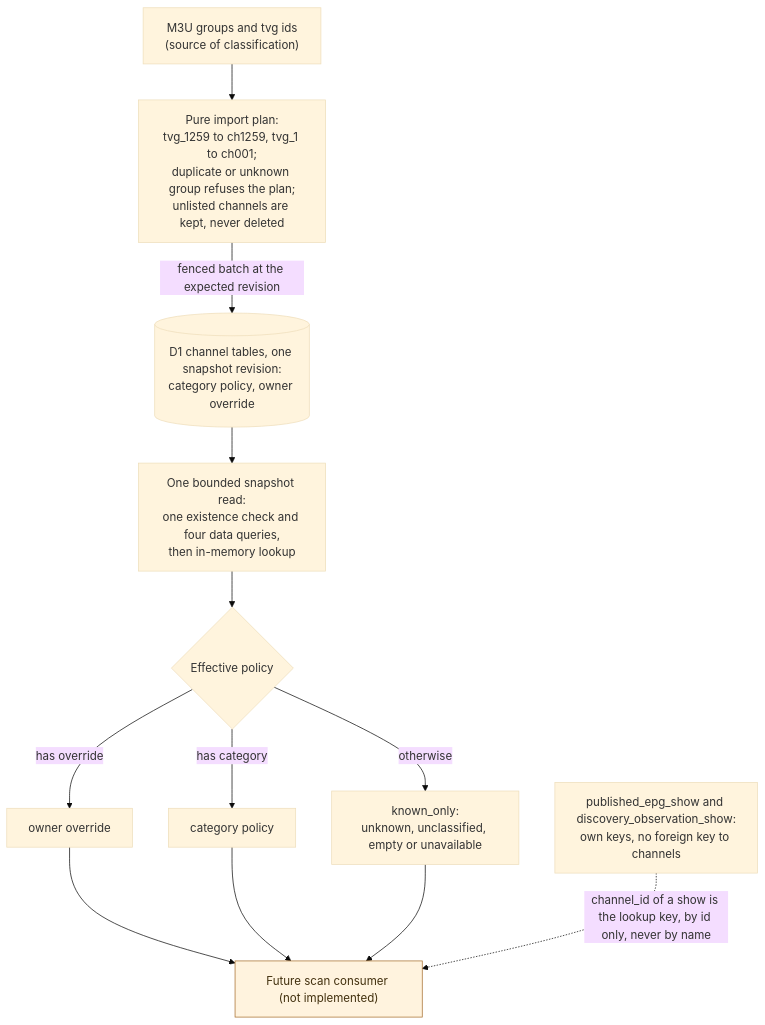
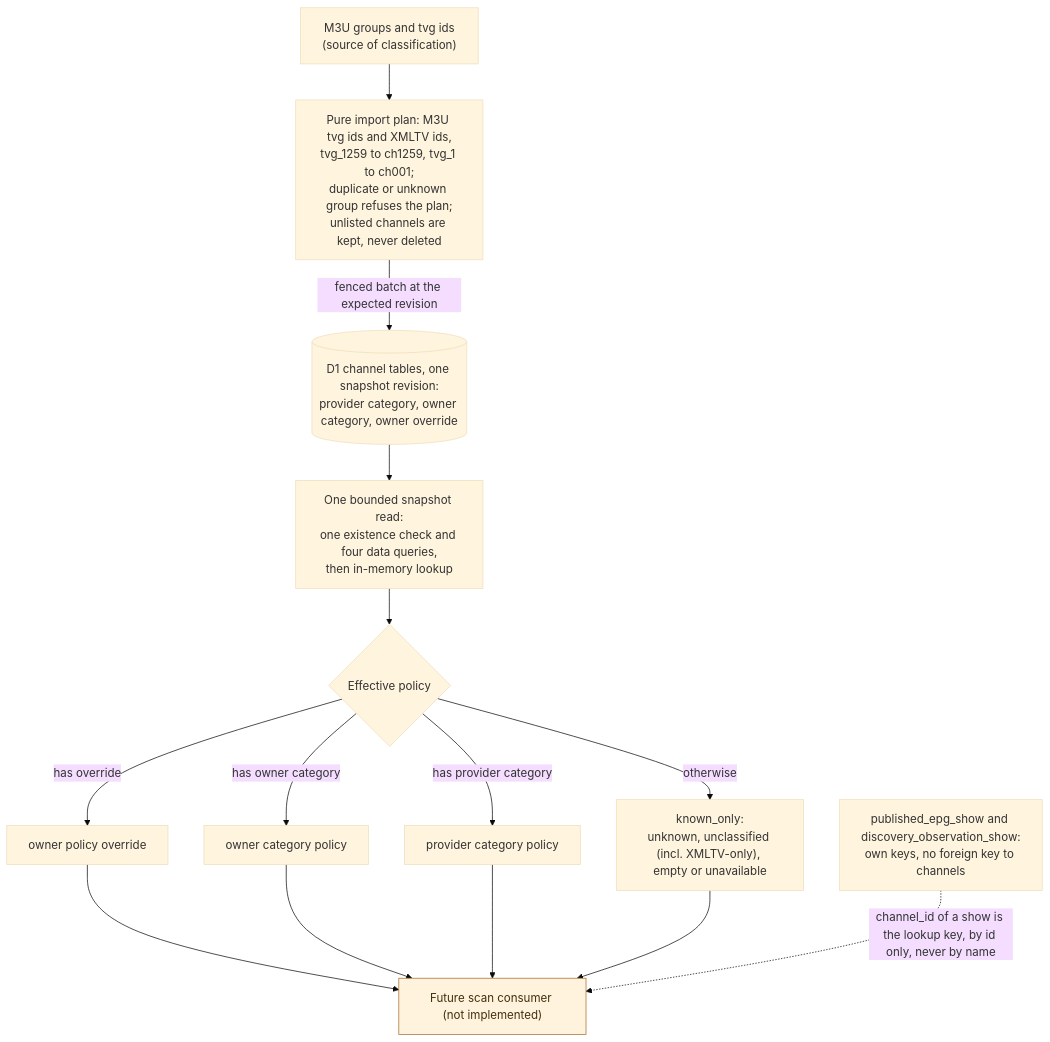
Before and after one commit to vladimino/iptv-watchlist: the sixth of 6 diagrams in docs/architecture/epg-and-availability.md, drawn with Mermaid (base theme). The commit also changed 8 other files, not shown here.

First line of the commit message:
AIR-561: XMLTV-only channels, durable owner category, four-step precedence

````diff
--- a/docs/architecture/epg-and-availability.md
+++ b/docs/architecture/epg-and-availability.md
@@ -166,23 +166,26 @@
 ```mermaid
 flowchart TD
     m3u["M3U groups and tvg ids<br/>(source of classification)"]
-    plan["Pure import plan:<br/>tvg_1259 to ch1259, tvg_1 to ch001;<br/>duplicate or unknown group refuses the plan;<br/>unlisted channels are kept, never deleted"]
-    tables[("D1 channel tables, one snapshot revision:<br/>category policy, owner override")]
+    plan["Pure import plan: M3U tvg ids and XMLTV ids,<br/>tvg_1259 to ch1259, tvg_1 to ch001;<br/>duplicate or unknown group refuses the plan;<br/>unlisted channels are kept, never deleted"]
+    tables[("D1 channel tables, one snapshot revision:<br/>provider category, owner category, owner override")]
     snapshot["One bounded snapshot read:<br/>one existence check and four data queries,<br/>then in-memory lookup"]
     derive{"Effective policy"}
-    override["owner override"]
-    category["category policy"]
-    fallback["known_only:<br/>unknown, unclassified, empty or unavailable"]
+    override["owner policy override"]
+    ownercat["owner category policy"]
+    category["provider category policy"]
+    fallback["known_only:<br/>unknown, unclassified (incl. XMLTV-only), empty or unavailable"]
     reader["Future scan consumer (not implemented)"]
     shows["published_epg_show and discovery_observation_show:<br/>own keys, no foreign key to channels"]
     m3u --> plan -->|"fenced batch at the expected revision"| tables --> snapshot --> derive
     derive -->|"has override"| override
-    derive -->|"has category"| category
+    derive -->|"has owner category"| ownercat
+    derive -->|"has provider category"| category
     derive -->|"otherwise"| fallback
     override --> reader
+    ownercat --> reader
     category --> reader
     fallback --> reader
     shows -.->|"channel_id of a show is the lookup key, by id only, never by name"| reader
     classDef future fill:#fff3de,stroke:#a56c2b,color:#42300e
     class reader future
 ```
````
